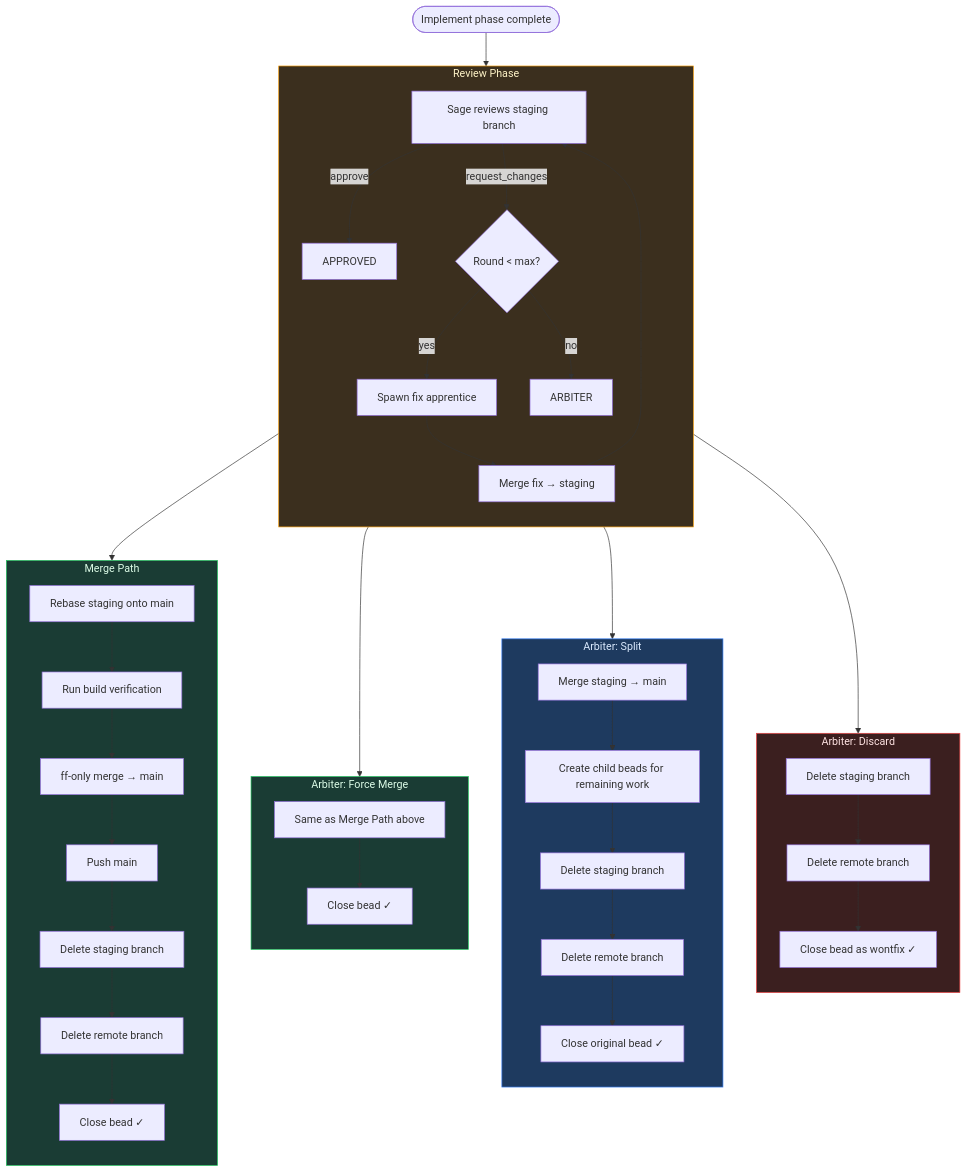
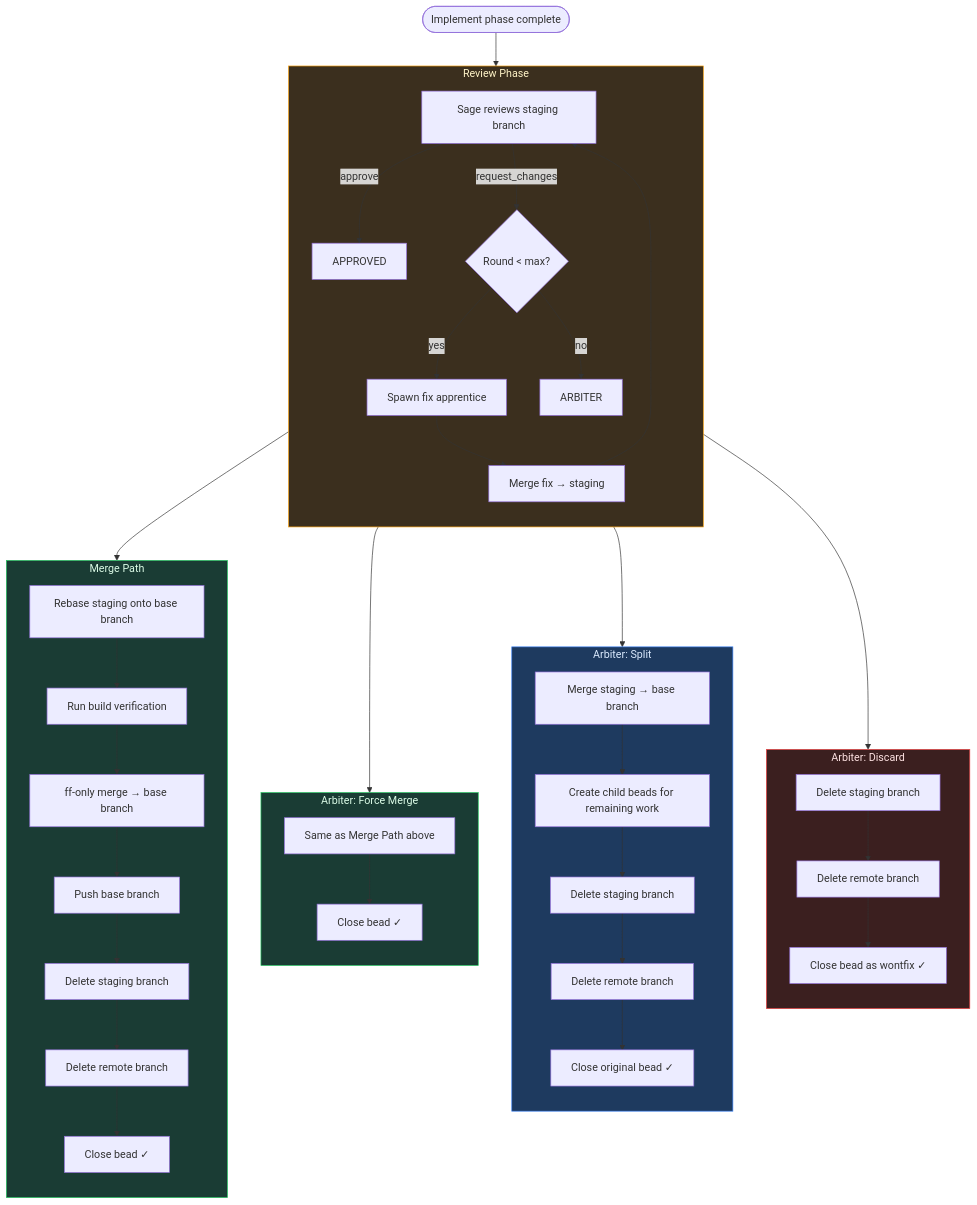
Before and after one commit to awell-health/spire: the diagram in docs/review-dag.md, drawn with Mermaid. The commit also changed other lines of this file and 14 other files, not shown here.

````diff
--- a/docs/review-dag.md
+++ b/docs/review-dag.md
@@ -11,60 +11,60 @@
 ```mermaid
 flowchart TD
     impl([Implement phase complete]) --> review
 
     subgraph review ["Review Phase"]
         direction TB
         sage[Sage reviews staging branch]
         sage -->|approve| approved[APPROVED]
         sage -->|request_changes| judgment{Round < max?}
         judgment -->|yes| fix[Spawn fix apprentice]
         fix --> merge_fix[Merge fix → staging]
         merge_fix --> sage
         judgment -->|no| arbiter[ARBITER]
     end
 
     approved --> merge_main
 
     subgraph merge_main ["Merge Path"]
         direction TB
-        m1[Rebase staging onto main]
+        m1[Rebase staging onto base branch]
         m1 --> m2[Run build verification]
-        m2 --> m3[ff-only merge → main]
-        m3 --> m4[Push main]
+        m2 --> m3[ff-only merge → base branch]
+        m3 --> m4[Push base branch]
         m4 --> m5[Delete staging branch]
         m5 --> m6[Delete remote branch]
         m6 --> m7[Close bead ✓]
     end
 
     arbiter --> a_merge
     arbiter --> a_split
     arbiter --> a_discard
 
     subgraph a_merge ["Arbiter: Force Merge"]
         direction TB
         am1[Same as Merge Path above]
         am1 --> am2[Close bead ✓]
     end
 
     subgraph a_split ["Arbiter: Split"]
         direction TB
-        as1[Merge staging → main]
+        as1[Merge staging → base branch]
         as1 --> as2[Create child beads for remaining work]
         as2 --> as3[Delete staging branch]
         as3 --> as4[Delete remote branch]
         as4 --> as5[Close original bead ✓]
     end
 
     subgraph a_discard ["Arbiter: Discard"]
         direction TB
         ad1[Delete staging branch]
         ad1 --> ad2[Delete remote branch]
         ad2 --> ad3[Close bead as wontfix ✓]
     end
 
     style review fill:#3b2f1e,stroke:#f59e0b,color:#fef3c7
     style merge_main fill:#1a3c34,stroke:#22c55e,color:#dcfce7
     style a_merge fill:#1a3c34,stroke:#22c55e,color:#dcfce7
     style a_split fill:#1e3a5f,stroke:#3b82f6,color:#dbeafe
     style a_discard fill:#3b1f1f,stroke:#ef4444,color:#fee2e2
 ```
````
